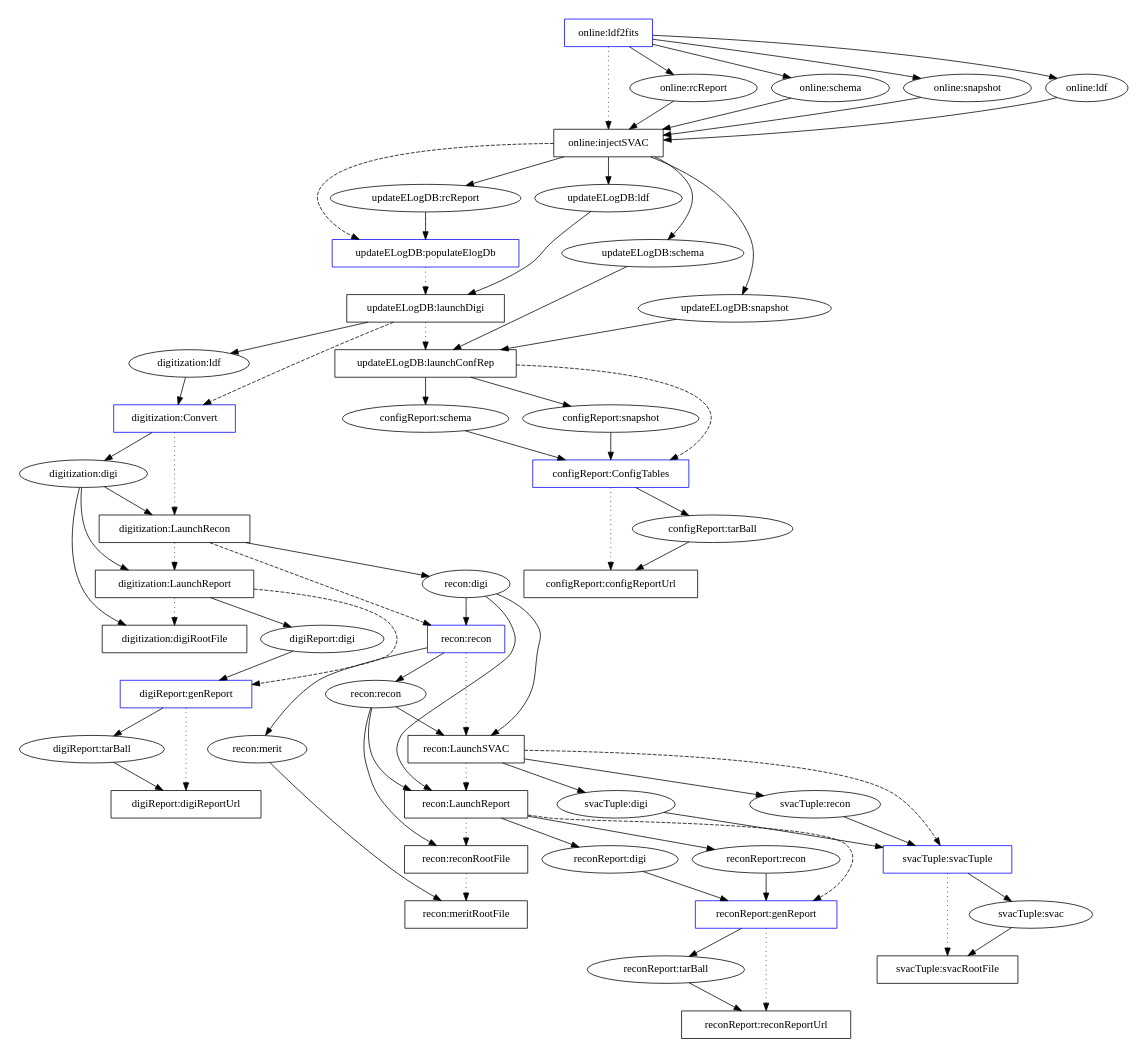
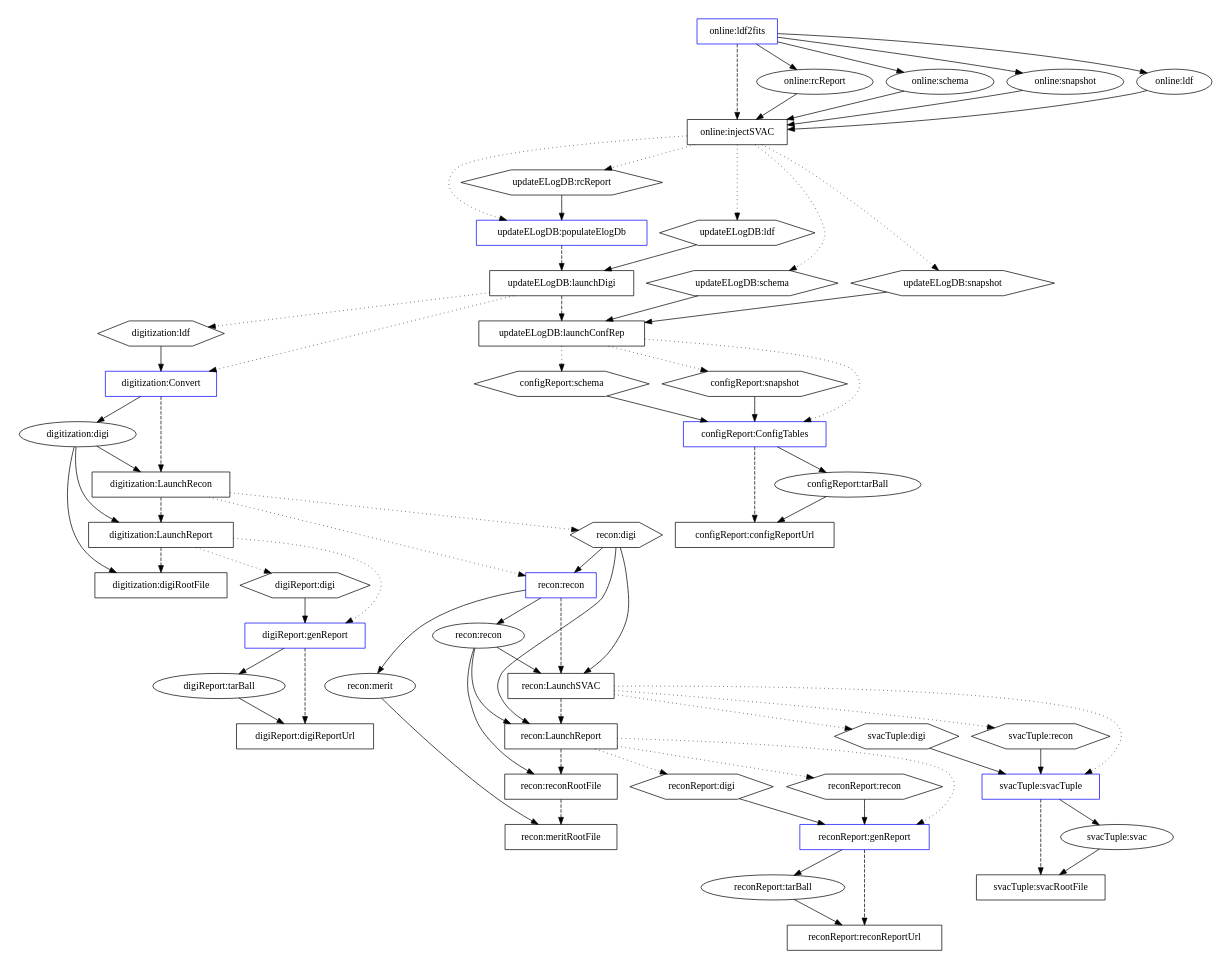
One commit to fermi-lat/svac changed the diagram in svacPipeline/doc/actual-EM2-v1r0.dot. Above: the diagram before and after it, drawn with Graphviz. The commit also changed 3 other files, not shown here.

Commit message:
Massive changes to newlaunch graph (long ago, apparently).  Changes to Makefile to put GIFs of graphs on web to ease working from home.  Modifications of actual graph to indicate symbolic links and actions taken unknown to GINO.  Change main document to reflect changes in graph.

```diff
--- a/svacPipeline/doc/actual-EM2-v1r0.dot
+++ b/svacPipeline/doc/actual-EM2-v1r0.dot
@@ -6,71 +6,89 @@
 #### task processes
 node [shape=box];
 ####
-online_ldf2fits_tp [label="online:ldf2fits",color=blue];
+## subsequent
+##
 online_injectSVAC_tp [label="online:injectSVAC"];
 #
-updateELogDB_populateElogDb_tp [label="updateELogDB:populateElogDb",color=blue];
 updateELogDB_launchDigi_tp [label="updateELogDB:launchDigi"];
 updateELogDB_launchConfRep_tp [label="updateELogDB:launchConfRep"];
 #
-configReport_ConfigTables_tp [label="configReport:ConfigTables",color=blue];
 configReport_configReportUrl_tp [label="configReport:configReportUrl"];
 #
-digitization_Convert_tp [label="digitization:Convert",color=blue];
 digitization_LaunchRecon_tp [label="digitization:LaunchRecon"];
 digitization_LaunchReport_tp [label="digitization:LaunchReport "];
 digitization_digiRootFile_tp [label="digitization:digiRootFile"];
 #
-digiReport_genReport_tp [label="digiReport:genReport",color=blue];
 digiReport_digiReportUrl_tp [label="digiReport:digiReportUrl"];
 #
-recon_recon_tp [label="recon:recon",color=blue];
 recon_LaunchSVAC_tp [label="recon:LaunchSVAC"];
 recon_LaunchReport_tp [label="recon:LaunchReport"];
 recon_reconRootFile_tp [label="recon:reconRootFile"];
 recon_meritRootFile_tp [label="recon:meritRootFile"];
 #
-reconReport_genReport_tp [label="reconReport:genReport",color=blue];
 reconReport_reconReportUrl_tp [label="reconReport:reconReportUrl"];
 #
+svacTuple_svacRootFile_tp [label="svacTuple:svacRootFile"];
+#
+## entry points
+node [color=blue];
+##
+online_ldf2fits_tp [label="online:ldf2fits",color=blue];
+updateELogDB_populateElogDb_tp [label="updateELogDB:populateElogDb",color=blue];
+configReport_ConfigTables_tp [label="configReport:ConfigTables",color=blue];
+digitization_Convert_tp [label="digitization:Convert",color=blue];
+digiReport_genReport_tp [label="digiReport:genReport",color=blue];
+recon_recon_tp [label="recon:recon",color=blue];
+reconReport_genReport_tp [label="reconReport:genReport",color=blue];
 svacTuple_svacTuple_tp [label="svacTuple:svacTuple ",color=blue];
-svacTuple_svacRootFile_tp [label="svacTuple:svacRootFile"];
+##
+node [color=black]
+##
+
 
 #### datasets
+## real ones
 node [shape=ellipse];
 ####
 online_rcReport_ds [label="online:rcReport"];
-updateELogDB_rcReport_ds [label="updateELogDB:rcReport"];
 online_schema_ds [label="online:schema"];
-updateELogDB_schema_ds [label="updateELogDB:schema"];
-configReport_schema_ds [label="configReport:schema"];
 online_snapshot_ds [label="online:snapshot"];
-updateELogDB_snapshot_ds [label="updateELogDB:snapshot"];
-configReport_snapshot_ds [label="configReport:snapshot"];
 online_ldf_ds [label="online:ldf"];
-updateELogDB_ldf_ds [label="updateELogDB:ldf"];
-digitization_ldf_ds [label="digitization:ldf"];
 #
 configReport_tarBall_ds [label="configReport:tarBall"];
 #
 digitization_digi_ds [label="digitization:digi"];
+#
+digiReport_tarBall_ds [label="digiReport:tarBall"];
+#
+recon_recon_ds [label="recon:recon"];
+recon_merit_ds [label="recon:merit"];
+#
+reconReport_tarBall_ds [label="reconReport:tarBall"];
+#
+svacTuple_svac_ds [label="svacTuple:svac"];
+#
+## copies
+node [shape=hexagon];
+updateELogDB_rcReport_ds [label="updateELogDB:rcReport"];
+updateELogDB_schema_ds [label="updateELogDB:schema"];
+configReport_schema_ds [label="configReport:schema"];
+updateELogDB_snapshot_ds [label="updateELogDB:snapshot"];
+configReport_snapshot_ds [label="configReport:snapshot"];
+updateELogDB_ldf_ds [label="updateELogDB:ldf"];
+digitization_ldf_ds [label="digitization:ldf"];
+#
 recon_digi_ds [label="recon:digi"];
 digiReport_digi_ds [label="digiReport:digi"];
 svacTuple_digi_ds [label="svacTuple:digi"];
 reconReport_digi_ds [label="reconReport:digi"];
 #
-digiReport_tarBall_ds [label="digiReport:tarBall"];
-#
-recon_recon_ds [label="recon:recon"];
 svacTuple_recon_ds [label="svacTuple:recon"];
 reconReport_recon_ds [label="reconReport:recon"];
-recon_merit_ds [label="recon:merit"];
 #
-reconReport_tarBall_ds [label="reconReport:tarBall"];
-#
-svacTuple_svac_ds [label="svacTuple:svac"];
 
 #### TP -> DS links
+## ones known to GINO
 edge [weight=10];
 ####
 online_ldf2fits_tp -> online_rcReport_ds;
@@ -82,21 +100,13 @@
 online_schema_ds -> online_injectSVAC_tp;
 online_snapshot_ds -> online_injectSVAC_tp;
 online_ldf_ds -> online_injectSVAC_tp;
-#
-online_injectSVAC_tp -> updateELogDB_rcReport_ds;
-online_injectSVAC_tp -> updateELogDB_schema_ds;
-online_injectSVAC_tp -> updateELogDB_snapshot_ds;
-online_injectSVAC_tp -> updateELogDB_ldf_ds;
 
 updateELogDB_rcReport_ds -> updateELogDB_populateElogDb_tp;
 #
 updateELogDB_ldf_ds -> updateELogDB_launchDigi_tp;
-updateELogDB_launchDigi_tp -> digitization_ldf_ds;
 #
 updateELogDB_schema_ds -> updateELogDB_launchConfRep_tp;
 updateELogDB_snapshot_ds -> updateELogDB_launchConfRep_tp;
-updateELogDB_launchConfRep_tp -> configReport_schema_ds;
-updateELogDB_launchConfRep_tp -> configReport_snapshot_ds;
 
 configReport_schema_ds -> configReport_ConfigTables_tp;
 configReport_snapshot_ds -> configReport_ConfigTables_tp;
@@ -108,10 +118,8 @@
 digitization_Convert_tp -> digitization_digi_ds;
 #
 digitization_digi_ds -> digitization_LaunchRecon_tp;
-digitization_LaunchRecon_tp -> recon_digi_ds;
 #
 digitization_digi_ds -> digitization_LaunchReport_tp;
-digitization_LaunchReport_tp -> digiReport_digi_ds;
 #
 digitization_digi_ds -> digitization_digiRootFile_tp;
 
@@ -126,13 +134,9 @@
 #
 recon_recon_ds -> recon_LaunchSVAC_tp;
 recon_digi_ds -> recon_LaunchSVAC_tp;
-recon_LaunchSVAC_tp -> svacTuple_recon_ds;
-recon_LaunchSVAC_tp -> svacTuple_digi_ds;
 #
 recon_recon_ds -> recon_LaunchReport_tp;
 recon_digi_ds -> recon_LaunchReport_tp;
-recon_LaunchReport_tp -> reconReport_recon_ds;
-recon_LaunchReport_tp -> reconReport_digi_ds;
 #
 recon_recon_ds -> recon_reconRootFile_tp;
 #
@@ -150,9 +154,30 @@
 #
 svacTuple_svac_ds -> svacTuple_svacRootFile_tp;
 
+## unknown to GINO
+edge [weight=1,style=dotted];
+##
+#
+online_injectSVAC_tp -> updateELogDB_rcReport_ds;
+online_injectSVAC_tp -> updateELogDB_schema_ds;
+online_injectSVAC_tp -> updateELogDB_snapshot_ds;
+online_injectSVAC_tp -> updateELogDB_ldf_ds;
+#
+updateELogDB_launchDigi_tp -> digitization_ldf_ds;
+updateELogDB_launchConfRep_tp -> configReport_schema_ds;
+updateELogDB_launchConfRep_tp -> configReport_snapshot_ds;
+#
+digitization_LaunchRecon_tp -> recon_digi_ds;
+digitization_LaunchReport_tp -> digiReport_digi_ds;
+#
+recon_LaunchSVAC_tp -> svacTuple_recon_ds;
+recon_LaunchSVAC_tp -> svacTuple_digi_ds;
+recon_LaunchReport_tp -> reconReport_recon_ds;
+recon_LaunchReport_tp -> reconReport_digi_ds;
+
 
 #### intratask links ####
-edge [style=dotted,weight=100];
+edge [style=dashed,weight=100];
 ####
 online_ldf2fits_tp -> online_injectSVAC_tp;
 #
@@ -178,7 +203,7 @@
 
 
 ##### intertask links #####
-edge [style=dashed,weight=1];
+edge [style=dotted,weight=1];
 ####
 online_injectSVAC_tp -> updateELogDB_populateElogDb_tp;
 #
```
